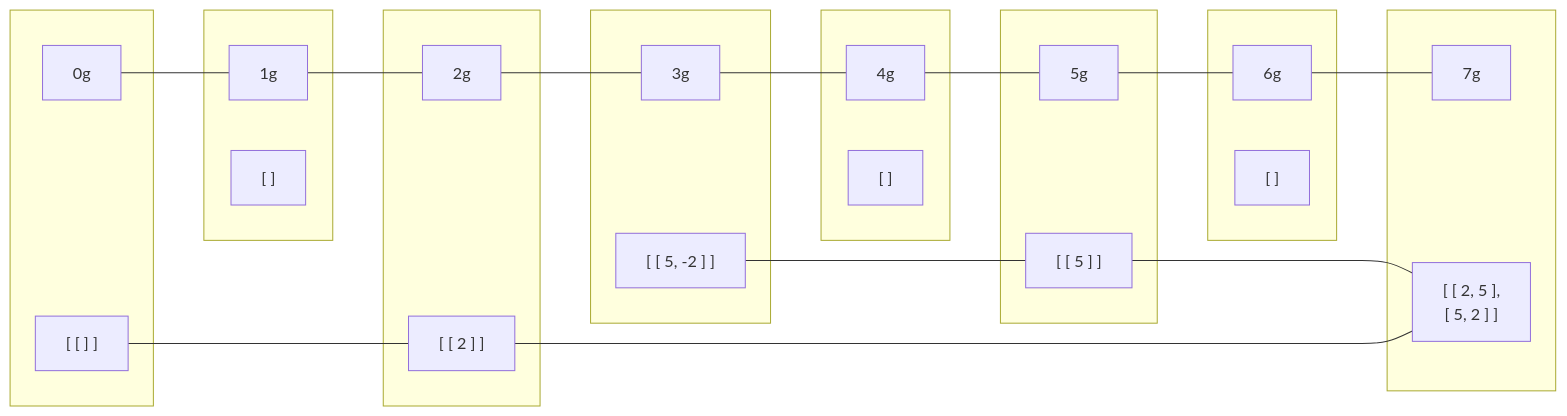
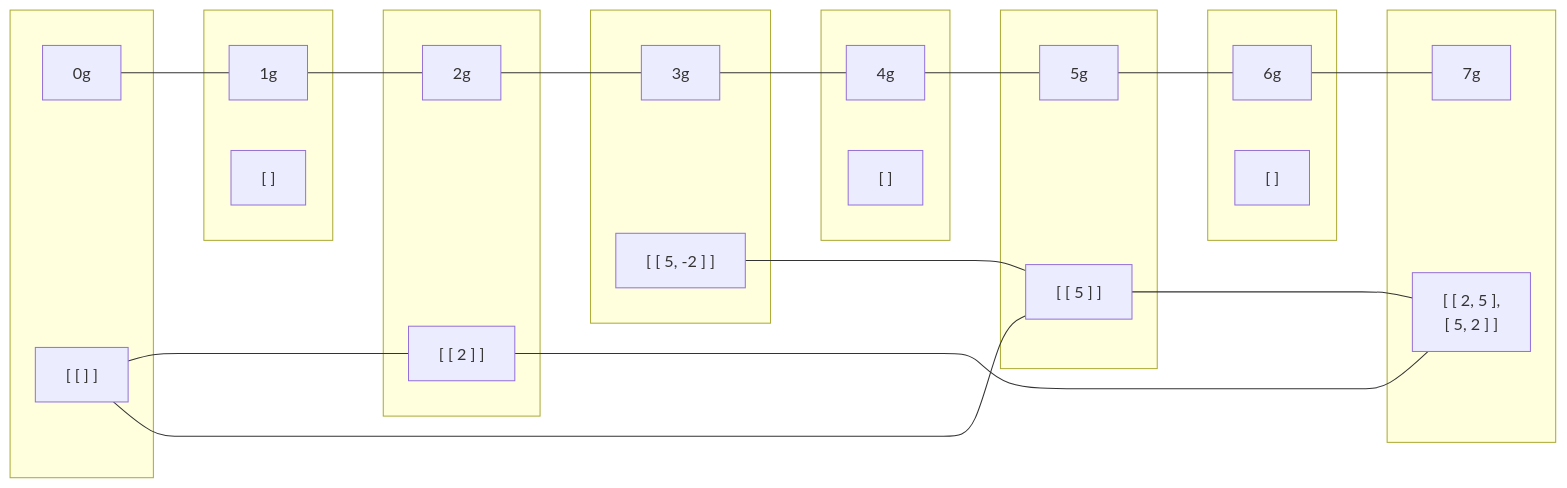
Before and after one commit to finn-rudolph/bwinf2021-1: the diagram in marktwaage.md, drawn with Mermaid. The commit also changed other lines of this file and 2 other files, not shown here.

````diff
--- a/marktwaage.md
+++ b/marktwaage.md
@@ -15,52 +15,52 @@
 ```mermaid
 flowchart LR
 
 0[0g] --- 1["1g"] --- 2[2g] --- 3[3g] --- 4[4g] --- 5[5g] --- 6[6g] --- 7[7g]
 
 subgraph " "
 0
 m0["[ [ ] ]"]
 end
 
 subgraph " "
 1
 m1["[ ]"]
 end
 
 subgraph " "
 2
 m0 --- m2["[ [ 2 ] ]"]
 end
 
 subgraph " "
 3	
 m3["[ [ 5, -2 ] ]"]
 end
 
 m3 --- m5
 
 subgraph " "
 4
 m4["[ ]"]
 end
 
 subgraph " "
 5
-m5["[ [ 5 ] ]"]
+m0 --- m5["[ [ 5 ] ]"]
 end
 
 
 
 subgraph " "
 6
 m6["[ ]"]
 end
 
 subgraph " "
 7
 m2 --- m7["[ [ 2, 5 ],
 [ 5, 2 ] ]"]
 m5 --- m7
 end
 
 ```
````
